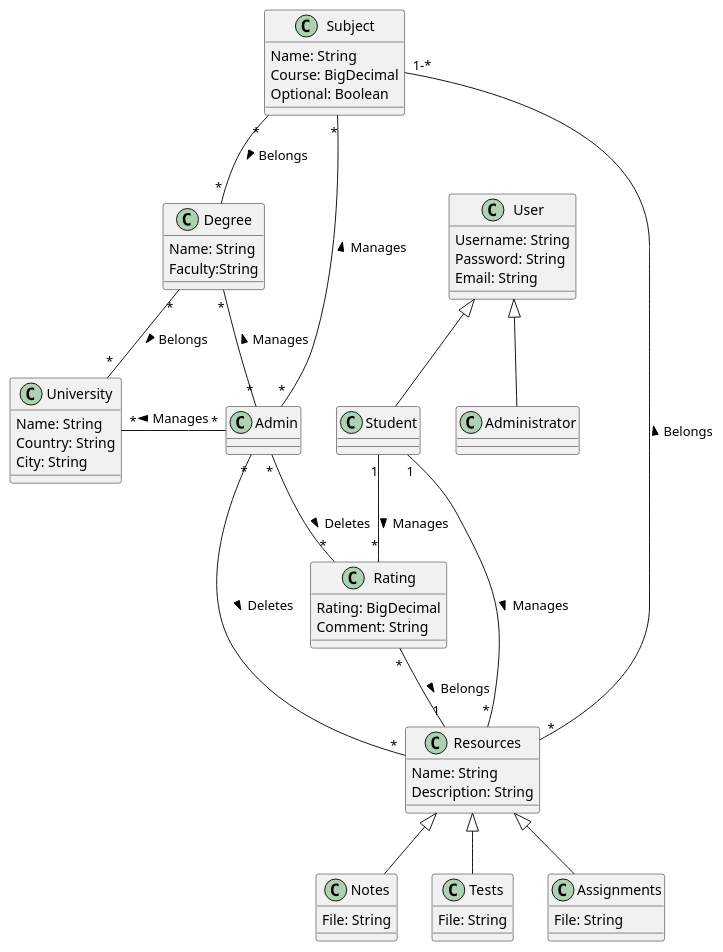
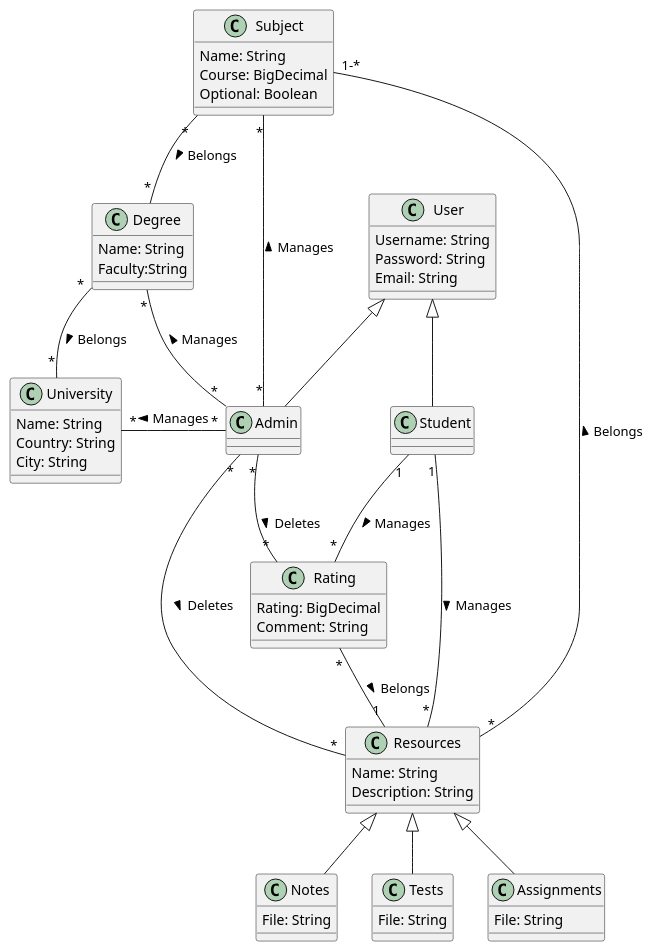
Before and after one commit to UdL-EPS-SoftArch/UniCloud-API: the diagram in EntitiesModel.puml, drawn with PlantUML.

Commit message:
Fixed error on Administrator and Admin naming

```diff
--- a/EntitiesModel.puml
+++ b/EntitiesModel.puml
@@ -1,65 +1,65 @@
 @startuml
 class User{
     Username: String
     Password: String
     Email: String
 }
 
-class Administrator extends User{
+class Admin extends User{
 }
 
 class Student extends User{
 }
 
 class University{
     Name: String
     Country: String
     City: String
 }
 
 class Degree{
     Name: String
     Faculty:String
 }
 
 class Subject{
     Name: String
     Course: BigDecimal
     Optional: Boolean
 }
 
 class Resources{
     Name: String
     Description: String
 }
 
 class Notes extends Resources{
     File: String
 }
 
 class Tests extends Resources{
     File: String
 }
 
 class Assignments extends Resources{
     File: String
 }
 
 class Rating{
     Rating: BigDecimal
     Comment: String
 }
 
 
 Student "1" -- "*" Resources: Manages >
 Student "1" -- "*" Rating: Manages >
 Admin "*" --left-- "*" University: Manages >
 Admin "*" --left-- "*" Degree: Manages >
 Admin "*" --left-- "*" Subject: Manages >
 Admin "*" -- "*" Resources: Deletes >
 Admin "*" -- "*" Rating: Deletes >
 Rating "*" -- "1" Resources: Belongs >
 Resources "*" -- "1-*" Subject: Belongs >
 Subject "*" -- "*" Degree: Belongs >
 Degree "*" -- "*" University: Belongs >
 @enduml
```
